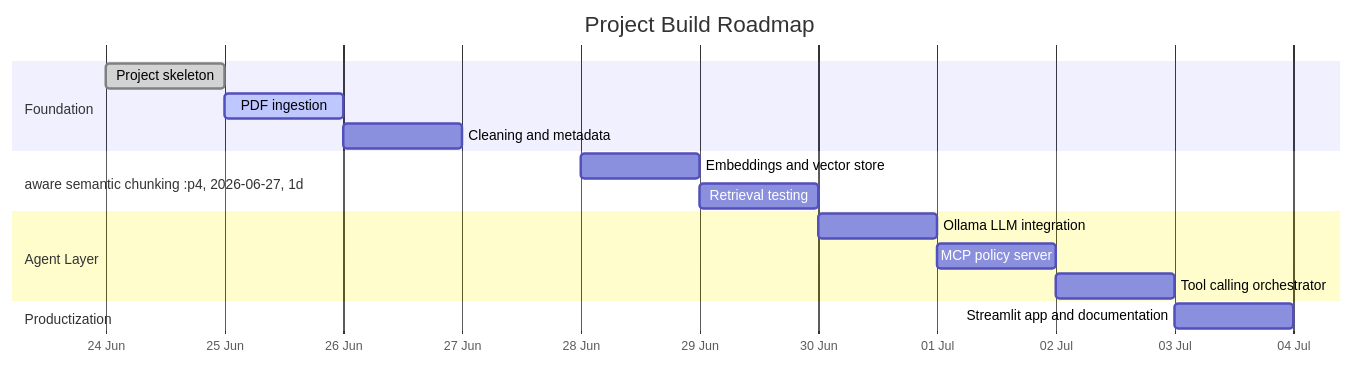
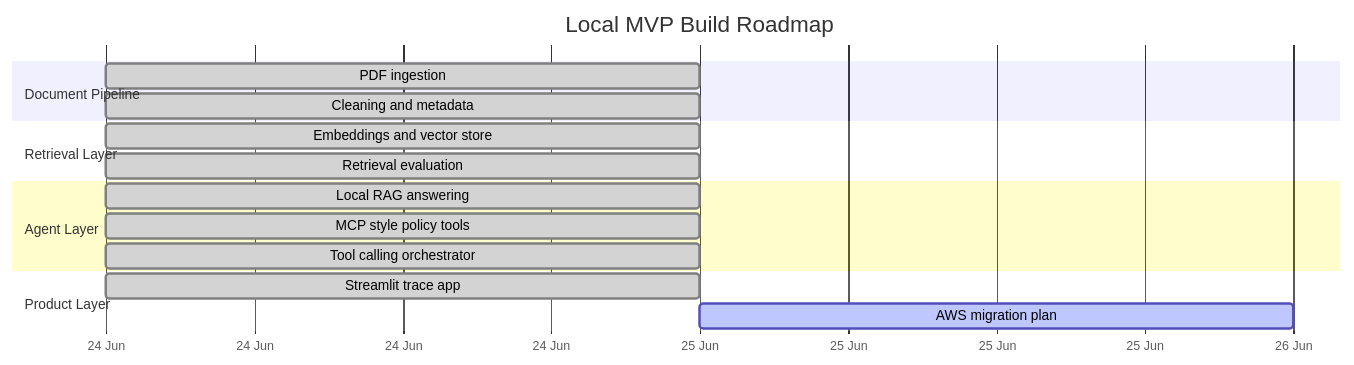
The fifth of 6 diagrams in README.md (SwapnilMundhekar/insurance-claims-mcp-rag), drawn with Mermaid before and after one commit. The commit also changed other lines of this file, not shown here.

````diff
--- a/README.md
+++ b/README.md
@@ -237,24 +507,24 @@
 ```mermaid
 gantt
-    title Project Build Roadmap
+    title Local MVP Build Roadmap
     dateFormat  YYYY-MM-DD
     axisFormat  %d %b
 
-    section Foundation
-    Project skeleton                  :done, p1, 2026-06-24, 1d
-    PDF ingestion                     :active, p2, 2026-06-25, 1d
-    Cleaning and metadata             :p3, 2026-06-26, 1d
+    section Document Pipeline
+    PDF ingestion                     :done, p1, 2026-06-24, 1d
+    Cleaning and metadata             :done, p2, 2026-06-24, 1d
+    Section aware chunking            :done, p3, 2026-06-24, 1d
 
-    section Retrieval
-    Section aware semantic chunking    :p4, 2026-06-27, 1d
-    Embeddings and vector store        :p5, 2026-06-28, 1d
-    Retrieval testing                  :p6, 2026-06-29, 1d
+    section Retrieval Layer
+    Embeddings and vector store        :done, p4, 2026-06-24, 1d
+    Retrieval evaluation              :done, p5, 2026-06-24, 1d
 
     section Agent Layer
-    Ollama LLM integration             :p7, 2026-06-30, 1d
-    MCP policy server                  :p8, 2026-07-01, 1d
-    Tool calling orchestrator          :p9, 2026-07-02, 1d
+    Local RAG answering               :done, p6, 2026-06-24, 1d
+    MCP style policy tools            :done, p7, 2026-06-24, 1d
+    Tool calling orchestrator          :done, p8, 2026-06-24, 1d
 
-    section Productization
-    Streamlit app and documentation    :p10, 2026-07-03, 1d
+    section Product Layer
+    Streamlit trace app               :done, p9, 2026-06-24, 1d
+    AWS migration plan                :active, p10, 2026-06-25, 1d
 ```
````
